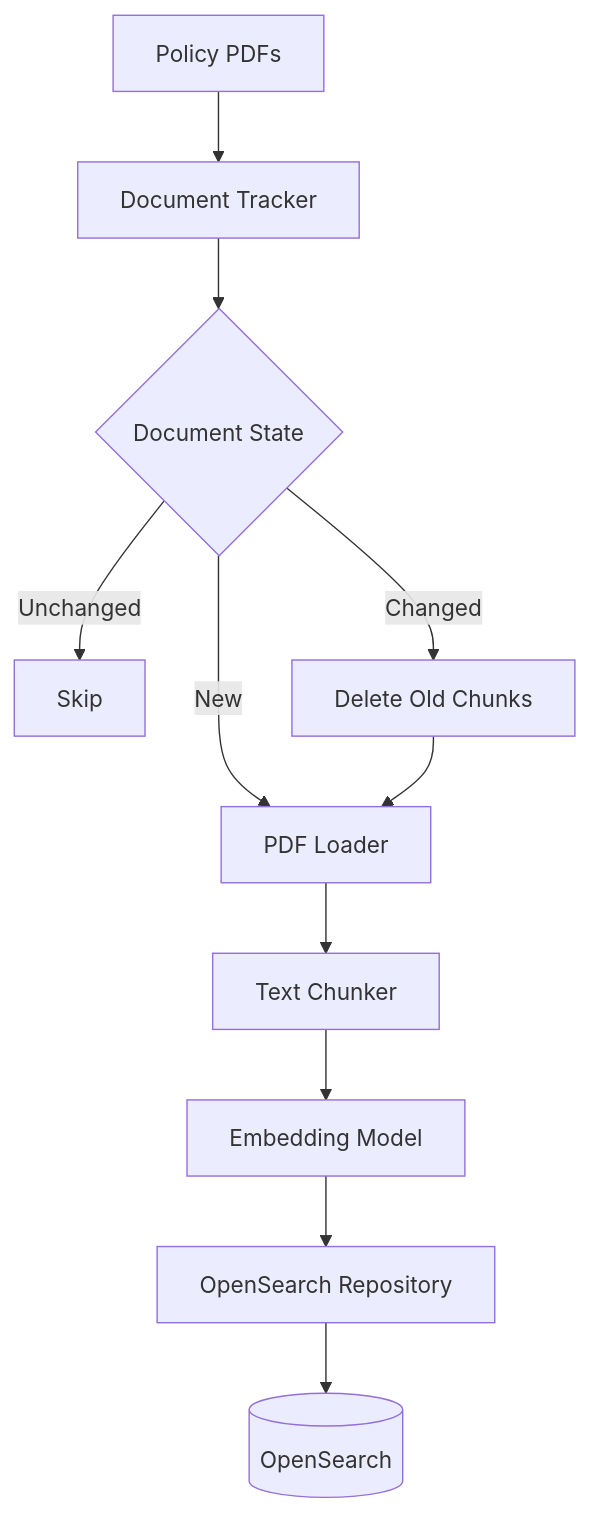
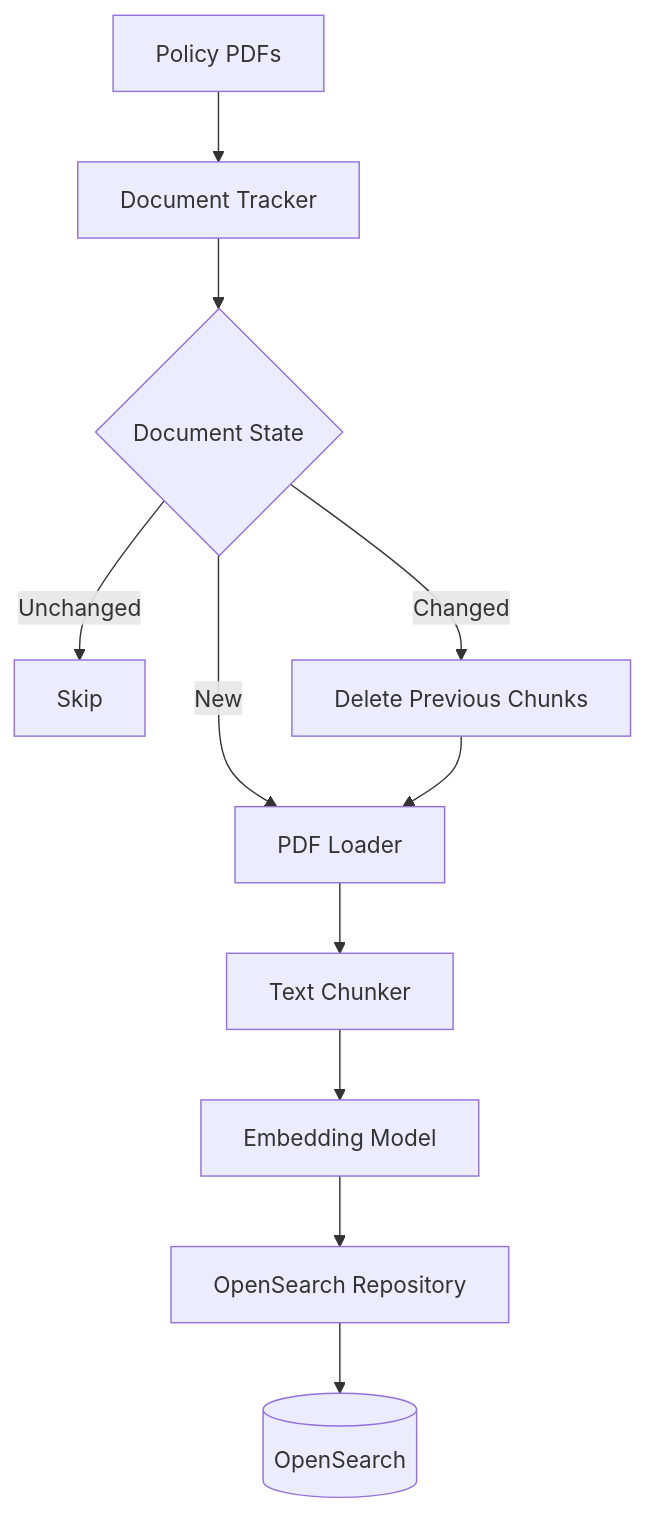
One commit to Yzeeyd/Enterprise-AI-Support-Engineer-Copilot changed the third of 5 diagrams in README.md. Above: the diagram before and after it, drawn with Mermaid. The commit also changed other lines of this file, not shown here.

````diff
--- a/README.md
+++ b/README.md
@@ -113,32 +154,34 @@
 ```mermaid
 flowchart TD
 
     PDFs[Policy PDFs]
     Tracker[Document Tracker]
 
-    Check{Document State}
+    State{Document State}
 
     Loader[PDF Loader]
     Chunker[Text Chunker]
-    Embeddings[Embedding Model]
+    Embedding[Embedding Model]
     Repository[OpenSearch Repository]
 
     OpenSearch[(OpenSearch)]
 
     Skip[Skip]
-    Delete[Delete Old Chunks]
+    Delete[Delete Previous Chunks]
 
     PDFs --> Tracker
-    Tracker --> Check
+    Tracker --> State
 
-    Check -->|New| Loader
-    Check -->|Changed| Delete
+    State -->|New| Loader
+
+    State -->|Changed| Delete
     Delete --> Loader
 
-    Check -->|Unchanged| Skip
+    State -->|Unchanged| Skip
 
     Loader --> Chunker
-    Chunker --> Embeddings
-    Embeddings --> Repository
+    Chunker --> Embedding
+    Embedding --> Repository
+
     Repository --> OpenSearch
 ```
````
